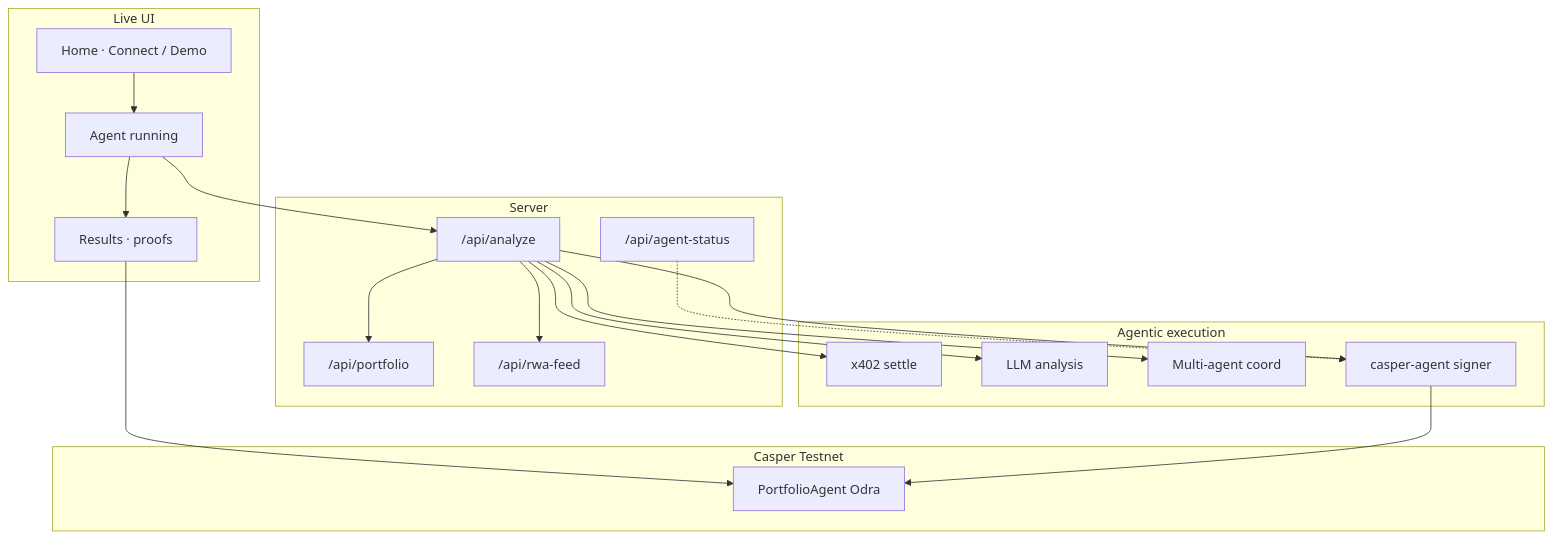
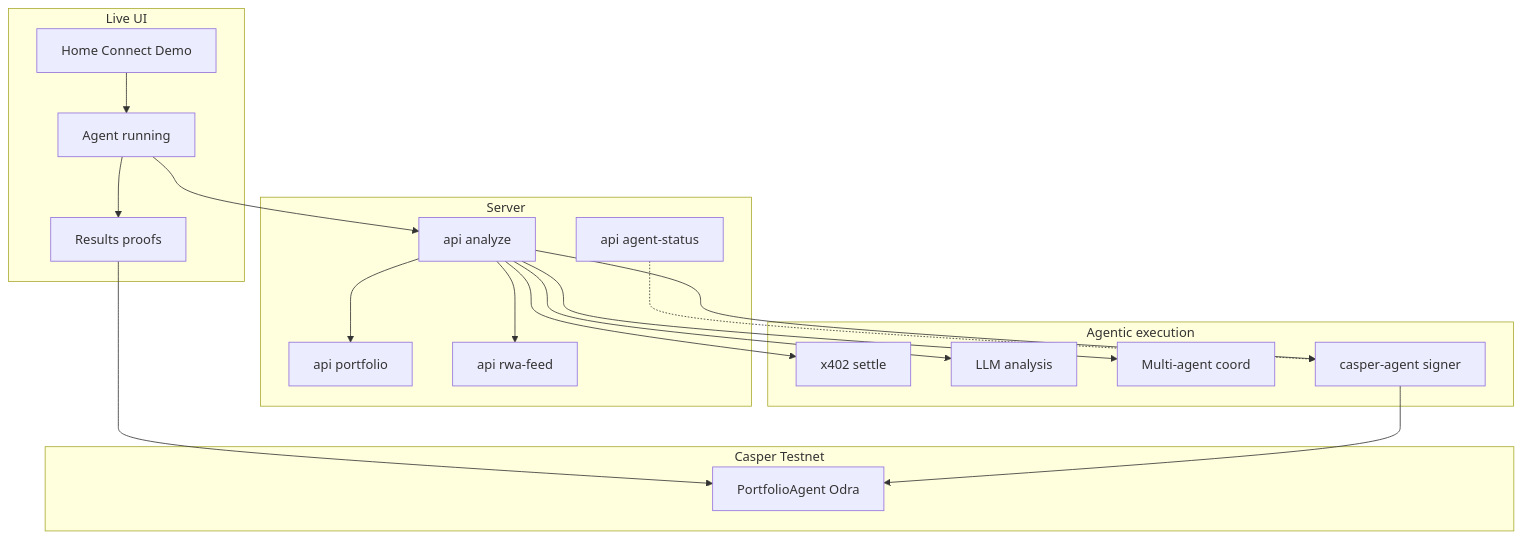
Before and after one commit to thesithunyein/casper-ai-portfolio-agent: the second of 2 diagrams in README.md, drawn with Mermaid. The commit also changed other lines of this file, not shown here.

First line of the commit message:
docs: fix README diagrams for GitHub Mermaid rendering

````diff
--- a/README.md
+++ b/README.md
@@ -177,33 +200,39 @@
 ```mermaid
 flowchart TB
-  subgraph UI["Live UI"]
-    Home["Home · Connect / Demo"]
-    Run["Agent running"]
-    Results["Results · proofs"]
+  subgraph liveui [Live UI]
+    Home[Home Connect Demo]
+    Run[Agent running]
+    Results[Results proofs]
   end
 
-  subgraph API["Server"]
-    A["/api/analyze"]
-    P["/api/portfolio"]
-    R["/api/rwa-feed"]
-    S["/api/agent-status"]
+  subgraph server [Server]
+    A[api analyze]
+    P[api portfolio]
+    R[api rwa-feed]
+    S[api agent-status]
   end
 
-  subgraph Exec["Agentic execution"]
-    X402["x402 settle"]
-    LLM["LLM analysis"]
-    Swarm["Multi-agent coord"]
-    Signer["casper-agent signer"]
+  subgraph exec [Agentic execution]
+    X402[x402 settle]
+    LLM[LLM analysis]
+    Swarm[Multi-agent coord]
+    Signer[casper-agent signer]
   end
 
-  subgraph Chain["Casper Testnet"]
-    Odra["PortfolioAgent Odra"]
+  subgraph chain [Casper Testnet]
+    Odra[PortfolioAgent Odra]
   end
 
-  Home --> Run --> Results
+  Home --> Run
+  Run --> Results
   Run --> A
-  A --> P & R & X402 & LLM & Swarm & Signer
+  A --> P
+  A --> R
+  A --> X402
+  A --> LLM
+  A --> Swarm
+  A --> Signer
   Signer --> Odra
   Results --> Odra
   S -.-> Signer
 ```
````
